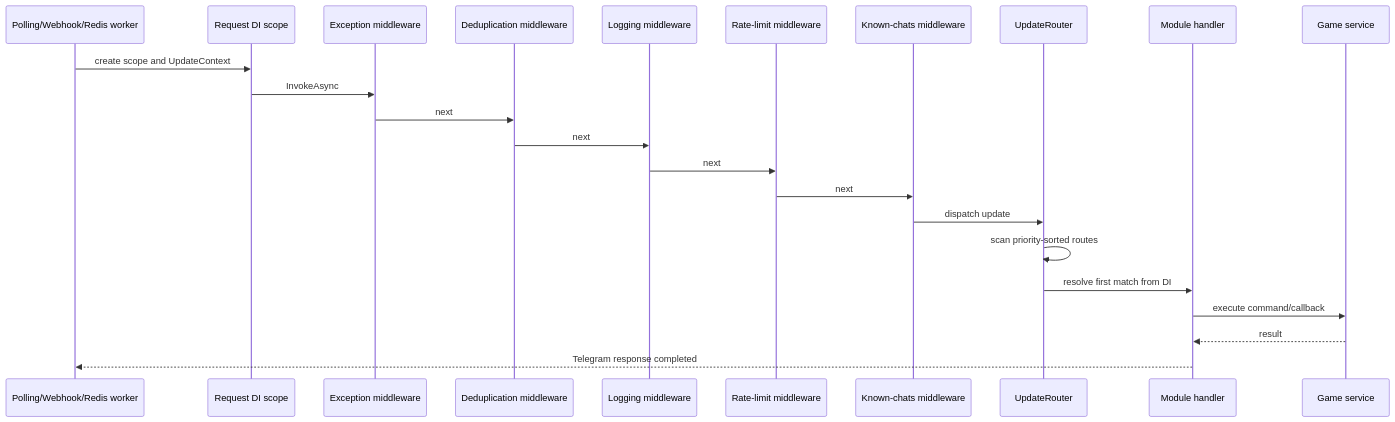
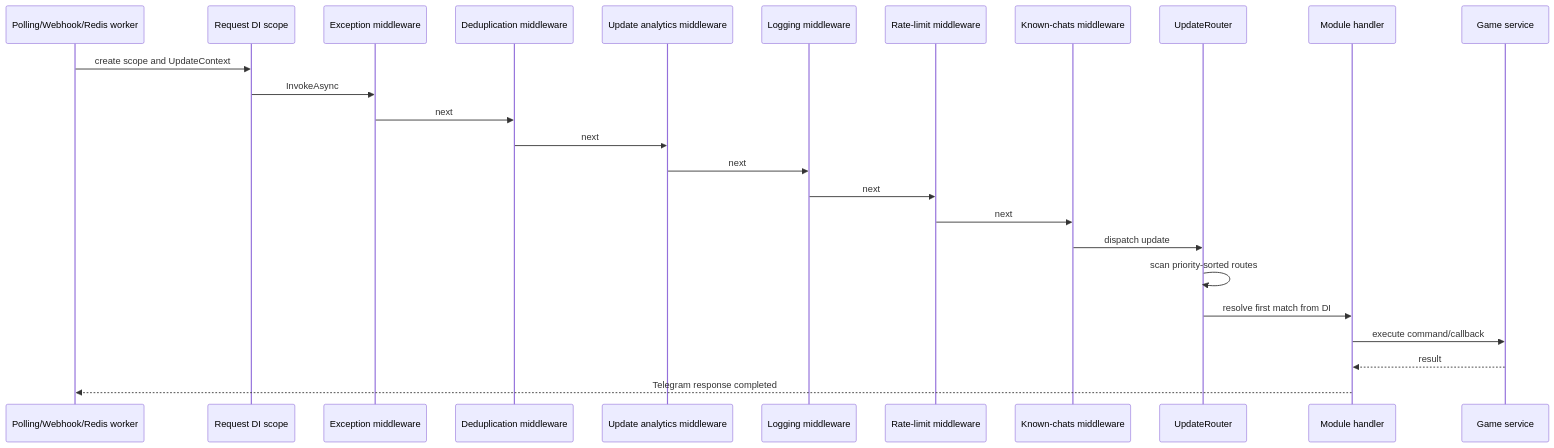
One commit to cpp20120/CazinoShiz changed the fifth of 19 diagrams in docs/arch.md. Above: the diagram before and after it, drawn with Mermaid. The commit also changed other lines of this file and 1 other file, not shown here.

Commit message:
Update architecture docs

````diff
--- a/docs/arch.md
+++ b/docs/arch.md
@@ -169,26 +169,28 @@
 ```mermaid
 sequenceDiagram
     participant Source as Polling/Webhook/Redis worker
     participant Scope as Request DI scope
     participant Error as Exception middleware
     participant Dedup as Deduplication middleware
+    participant Analytics as Update analytics middleware
     participant Log as Logging middleware
     participant Rate as Rate-limit middleware
     participant Known as Known-chats middleware
     participant Router as UpdateRouter
     participant Handler as Module handler
     participant Service as Game service
 
     Source->>Scope: create scope and UpdateContext
     Scope->>Error: InvokeAsync
     Error->>Dedup: next
-    Dedup->>Log: next
+    Dedup->>Analytics: next
+    Analytics->>Log: next
     Log->>Rate: next
     Rate->>Known: next
     Known->>Router: dispatch update
     Router->>Router: scan priority-sorted routes
     Router->>Handler: resolve first match from DI
     Handler->>Service: execute command/callback
     Service-->>Handler: result
     Handler-->>Source: Telegram response completed
 ```
````
